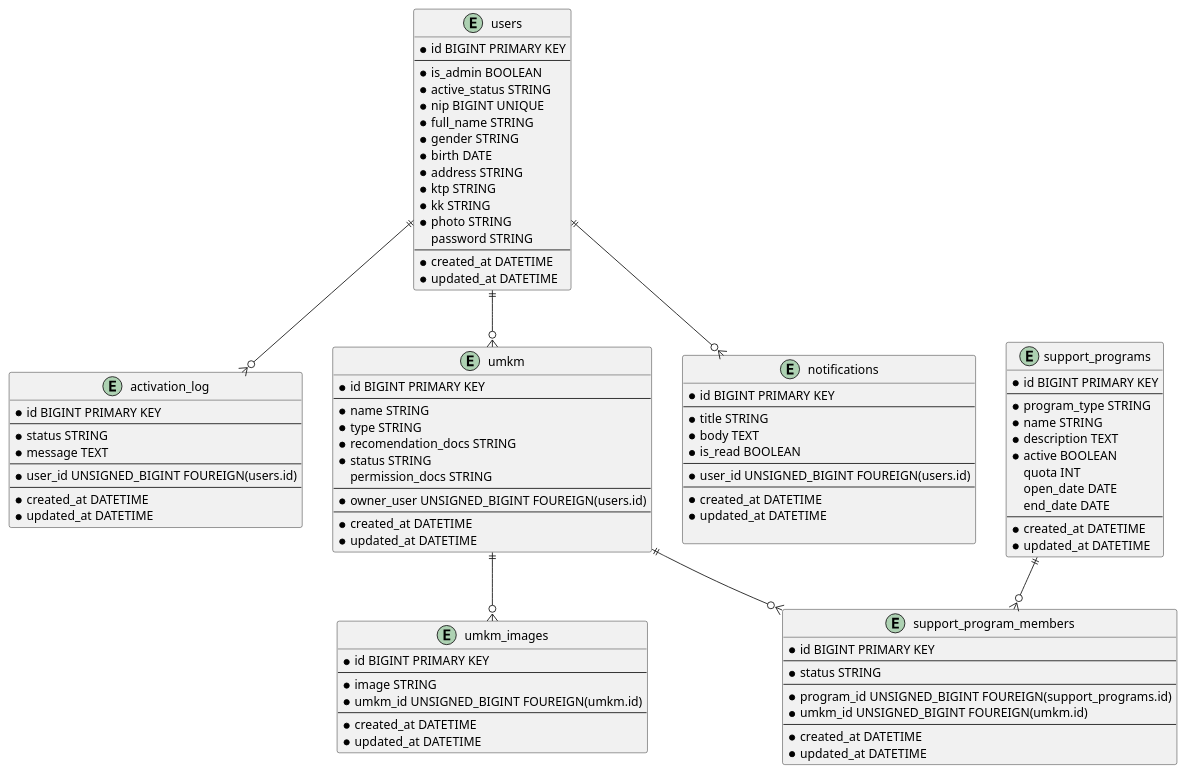
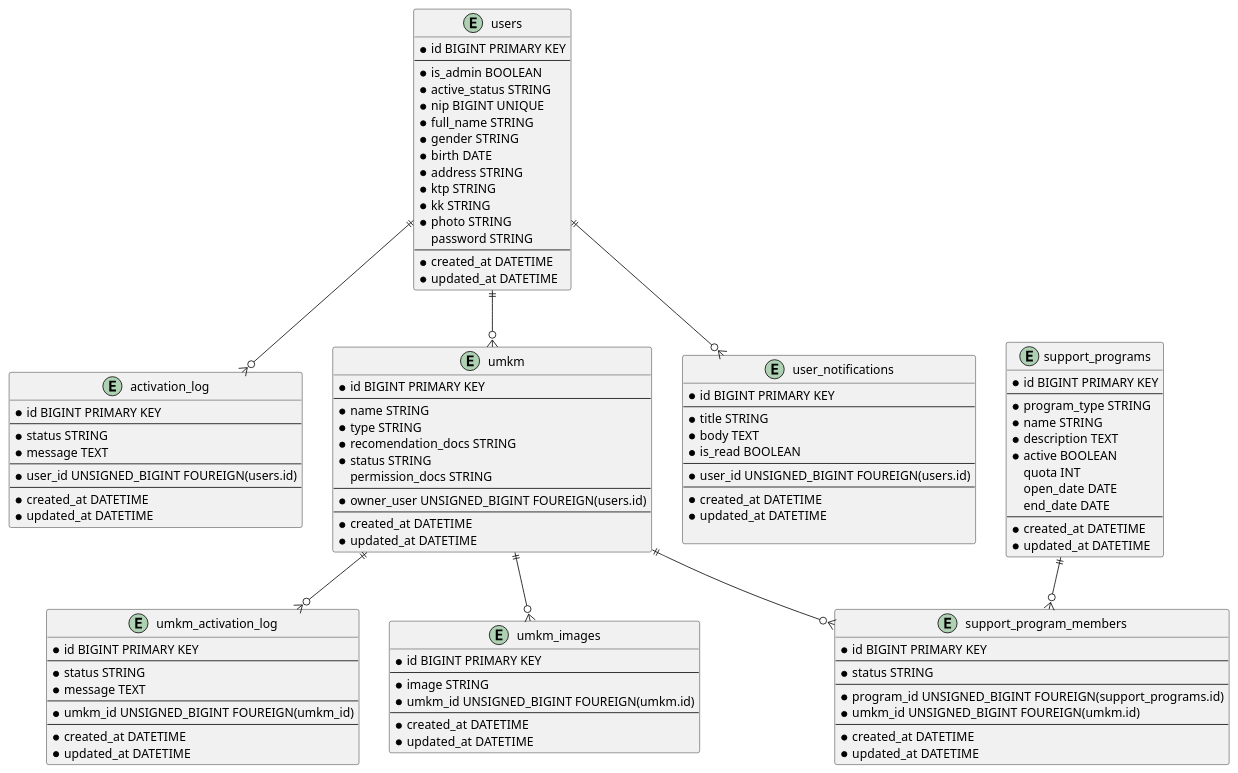
Before and after one commit to vithiaz/umkm_registration: the diagram in db_design.puml, drawn with PlantUML. The commit also changed 26 other files, not shown here.

```diff
--- a/db_design.puml
+++ b/db_design.puml
@@ -1,124 +1,140 @@
 @startuml
 
 entity users {
     * id BIGINT PRIMARY KEY
     --
     * is_admin BOOLEAN
     * active_status STRING
     ' active
     ' pending
     * nip BIGINT UNIQUE
     * full_name STRING
     * gender STRING
     * birth DATE
     * address STRING
     * ktp STRING
     * kk STRING
     * photo STRING
     password STRING
     --
     * created_at DATETIME
     * updated_at DATETIME
 }
 
 entity activation_log {
     * id BIGINT PRIMARY KEY
     --
     * status STRING
     ' acc
     ' rejected
     ' revoked
     * message TEXT
     --
     * user_id UNSIGNED_BIGINT FOUREIGN(users.id)
     --
     * created_at DATETIME
     * updated_at DATETIME
 }
 
 entity umkm {
     * id BIGINT PRIMARY KEY
     --
     * name STRING
     * type STRING
     ' koperasi
     ' umkm
     * recomendation_docs STRING
     * status STRING
     ' verified
     ' pending
     ' rejected
     permission_docs STRING
     --
     * owner_user UNSIGNED_BIGINT FOUREIGN(users.id)
     --
     * created_at DATETIME
     * updated_at DATETIME
 }
 
+entity umkm_activation_log {
+    * id BIGINT PRIMARY KEY
+    --
+    * status STRING
+    ' acc
+    ' rejected
+    ' revoked
+    * message TEXT
+    --
+    * umkm_id UNSIGNED_BIGINT FOUREIGN(umkm_id)
+    --
+    * created_at DATETIME
+    * updated_at DATETIME
+}
+
 entity umkm_images{
     * id BIGINT PRIMARY KEY
     --
     * image STRING
     * umkm_id UNSIGNED_BIGINT FOUREIGN(umkm.id)
     --
     * created_at DATETIME
     * updated_at DATETIME
 }
 
 entity support_programs {
     * id BIGINT PRIMARY KEY
     --
     * program_type STRING
     * name STRING
     * description TEXT
     * active BOOLEAN
     quota INT
     open_date DATE
     end_date DATE
     --
     * created_at DATETIME
     * updated_at DATETIME
 }
 
 entity support_program_members {
     * id BIGINT PRIMARY KEY
     --
     * status STRING
     ' pending
     ' verified
     --
     * program_id UNSIGNED_BIGINT FOUREIGN(support_programs.id)
     * umkm_id UNSIGNED_BIGINT FOUREIGN(umkm.id)
     --
     * created_at DATETIME
     * updated_at DATETIME
 }
 
-entity notifications {
+entity user_notifications {
     * id BIGINT PRIMARY KEY
     --
     * title STRING
     * body TEXT
     * is_read BOOLEAN
     --
     * user_id UNSIGNED_BIGINT FOUREIGN(users.id)
     --
     * created_at DATETIME
     * updated_at DATETIME
 
 }
 
 
 
 
-users ||--o{ notifications
+users ||--o{ user_notifications
 users ||--o{ umkm
 users ||--o{ activation_log
 
 support_programs ||--o{ support_program_members
 umkm ||--o{ support_program_members
 
 umkm ||--o{ umkm_images
+umkm ||--o{ umkm_activation_log
 
 @enduml
```
